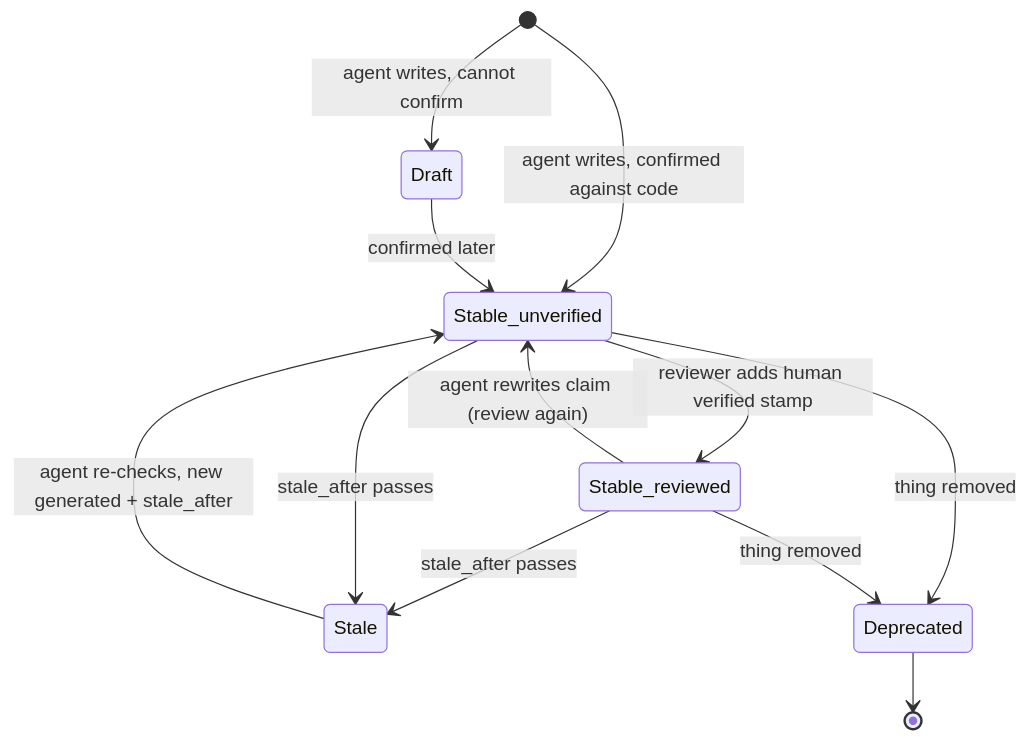
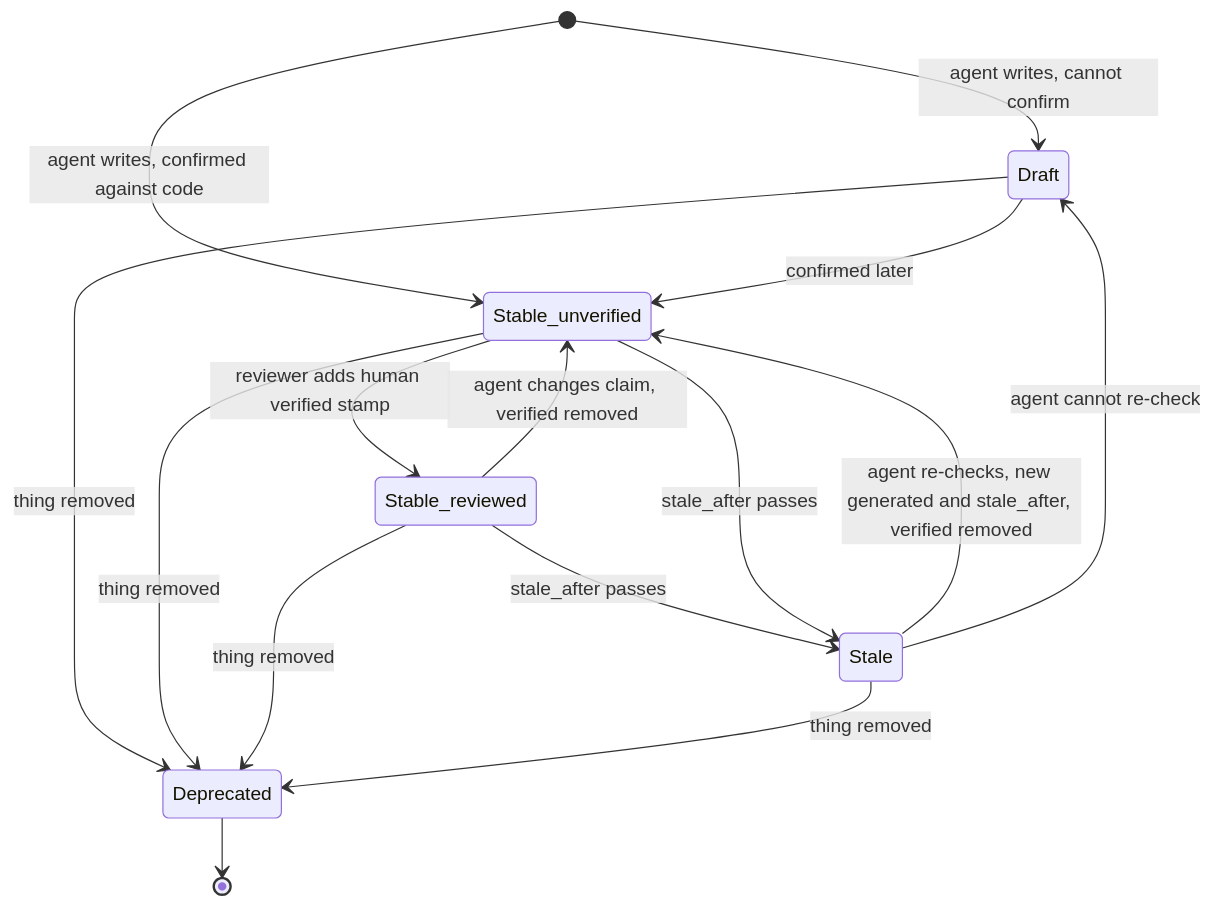
Before and after one commit to tuan-nng/compass: the third of 3 diagrams in docs/design/okf-knowledge-system-ux.md, drawn with Mermaid. The commit also changed other lines of this file and 1 other file, not shown here.

````diff
--- a/docs/design/okf-knowledge-system-ux.md
+++ b/docs/design/okf-knowledge-system-ux.md
@@ -296,14 +337,17 @@
 ```mermaid
 stateDiagram-v2
   [*] --> Draft: agent writes, cannot confirm
   [*] --> Stable_unverified: agent writes, confirmed against code
   Draft --> Stable_unverified: confirmed later
   Stable_unverified --> Stable_reviewed: reviewer adds human verified stamp
   Stable_reviewed --> Stale: stale_after passes
   Stable_unverified --> Stale: stale_after passes
-  Stale --> Stable_unverified: agent re-checks, new generated + stale_after
-  Stable_reviewed --> Stable_unverified: agent rewrites claim (review again)
+  Stale --> Stable_unverified: agent re-checks, new generated and stale_after, verified removed
+  Stale --> Draft: agent cannot re-check
+  Stable_reviewed --> Stable_unverified: agent changes claim, verified removed
+  Draft --> Deprecated: thing removed
   Stable_unverified --> Deprecated: thing removed
   Stable_reviewed --> Deprecated: thing removed
+  Stale --> Deprecated: thing removed
   Deprecated --> [*]
 ```
````
